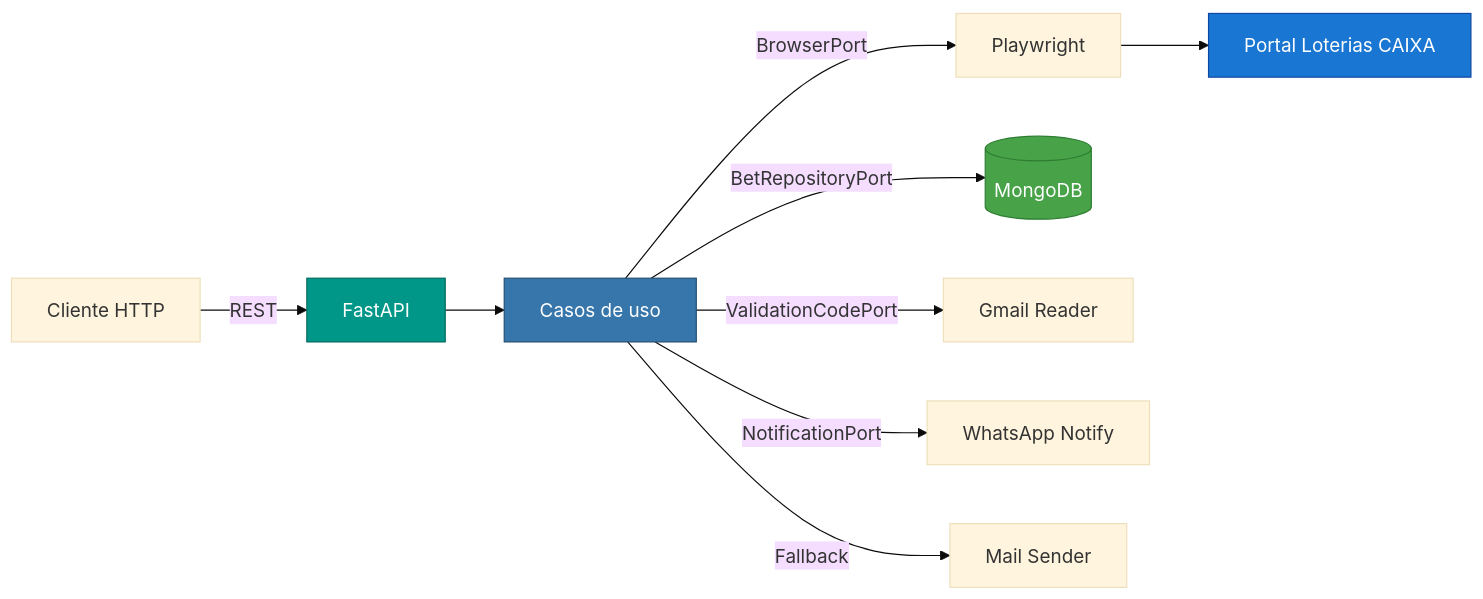
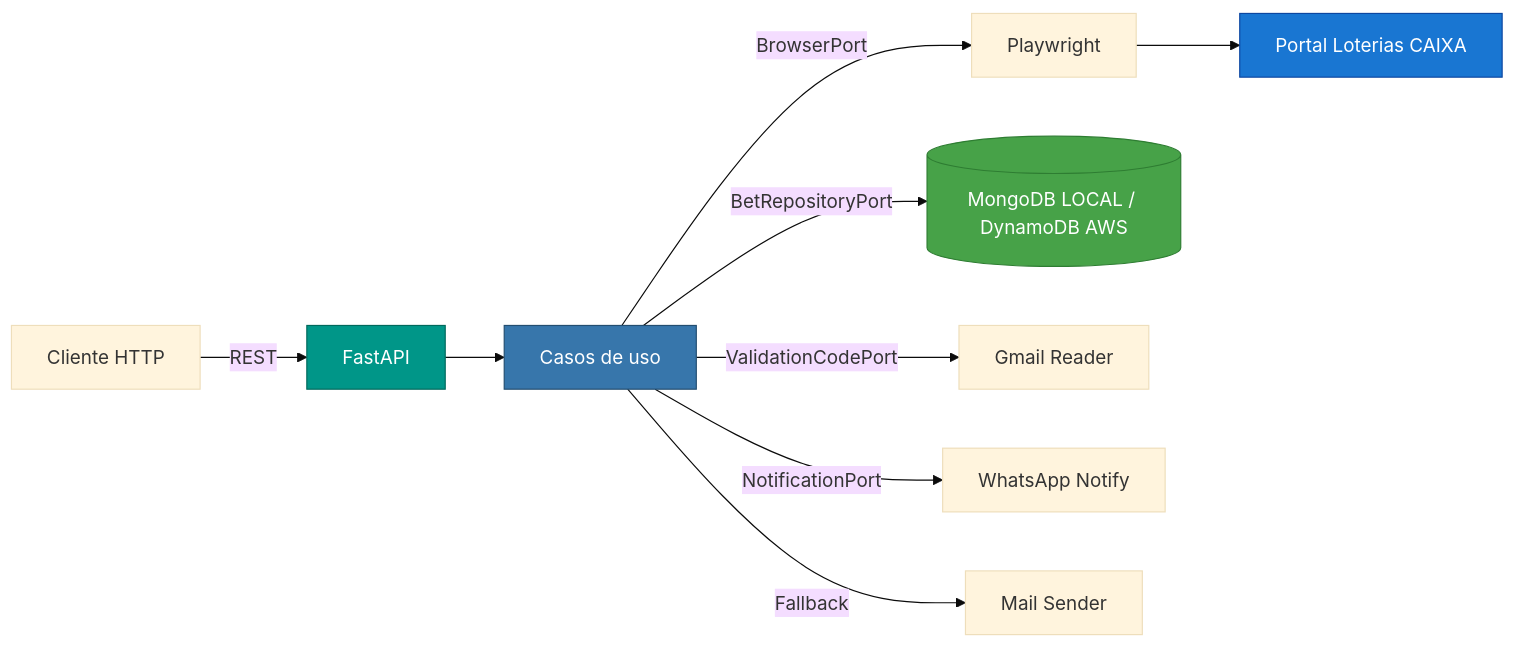
The first of 3 diagrams in README.md (cams7-ai/loto-bot), drawn with Mermaid (base theme) before and after one commit. The commit also changed other lines of this file and 15 other files, not shown here.

Commit message:
feat: add DynamoDB persistence for AWS integration mode

````diff
--- a/README.md
+++ b/README.md
@@ -51,16 +51,16 @@
 ```mermaid
 flowchart LR
     C[Cliente HTTP] -->|REST| API[FastAPI]
     API --> APP[Casos de uso]
     APP -->|BrowserPort| PW[Playwright]
     PW --> CAIXA[Portal Loterias CAIXA]
-    APP -->|BetRepositoryPort| MDB[(MongoDB)]
+    APP -->|BetRepositoryPort| MDB[(MongoDB LOCAL / DynamoDB AWS)]
     APP -->|ValidationCodePort| GMAIL[Gmail Reader]
     APP -->|NotificationPort| WA[WhatsApp Notify]
     APP -->|Fallback| MAIL[Mail Sender]
 
     style API fill:#009688,stroke:#00695C,color:#fff
     style APP fill:#3776AB,stroke:#234E70,color:#fff
     style CAIXA fill:#1976D2,stroke:#0D47A1,color:#fff
     style MDB fill:#47A248,stroke:#2E7D32,color:#fff
 ```
````
